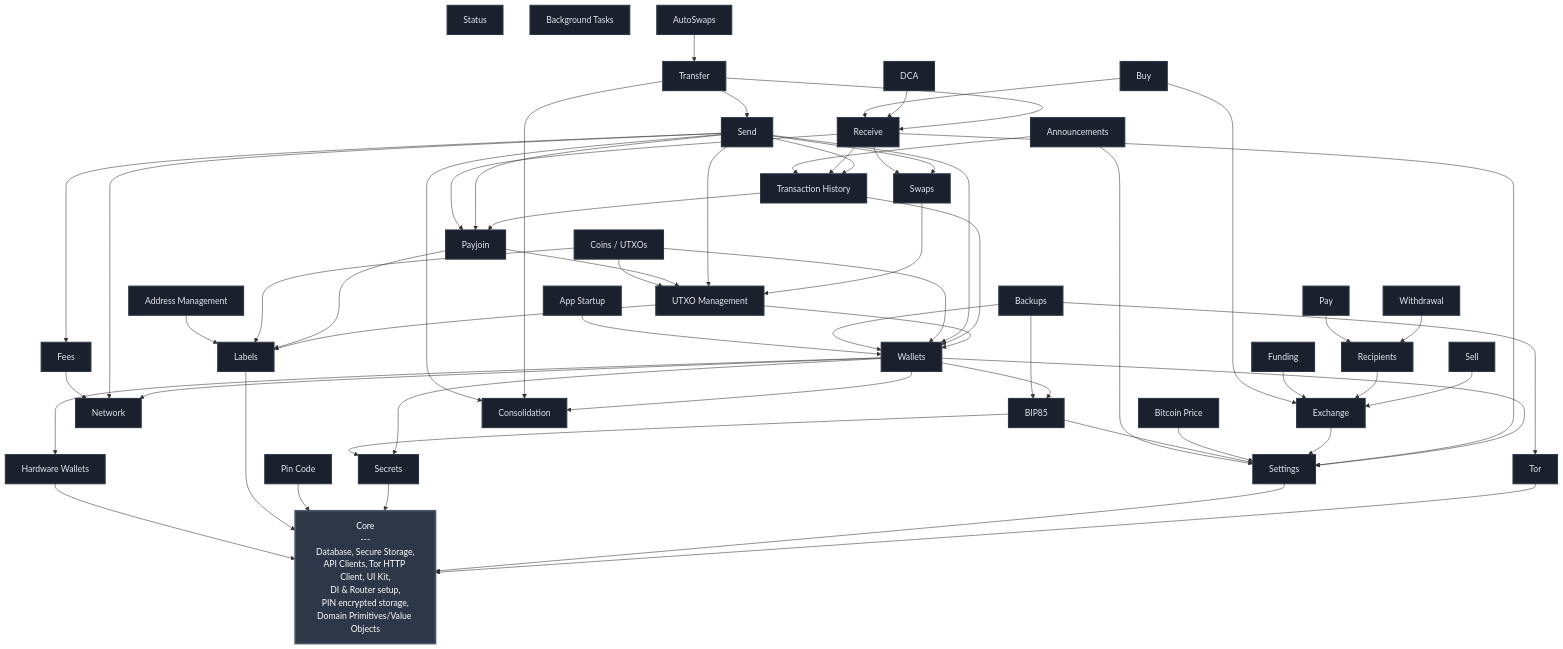
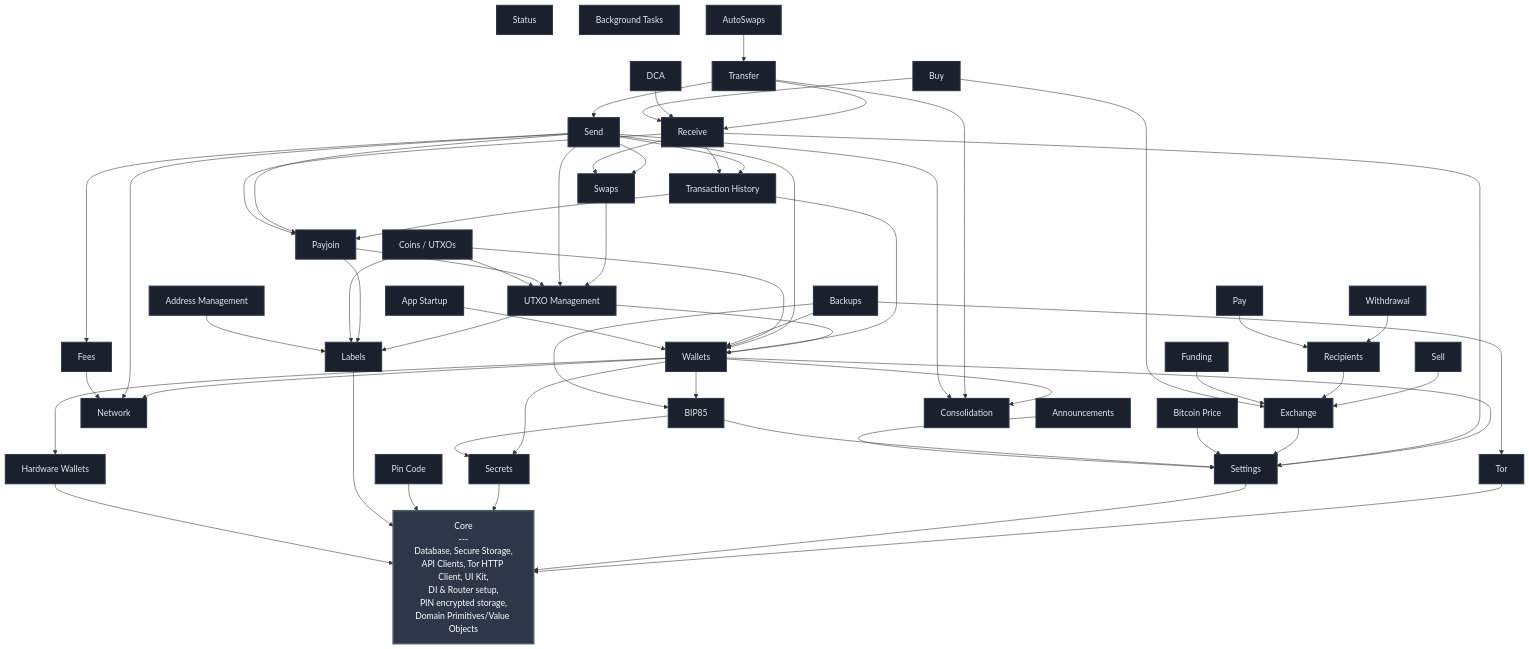
One commit to SatoshiPortal/bullbitcoin-mobile changed the diagram in FEATURES.md. Above: the diagram before and after it, drawn with Mermaid. The commit also changed 50 other files, not shown here.

```diff
--- a/FEATURES.md
+++ b/FEATURES.md
@@ -54,7 +54,6 @@
     %% Feature-to-feature dependencies (extracted from draw.io diagram)
     ADDRESS_MGMT --> LABELS
     ANNOUNCEMENTS --> SETTINGS
-    ANNOUNCEMENTS --> TX_HISTORY
     APP_STARTUP --> WALLETS
     AUTOSWAPS --> TRANSFER
     BIP85 --> SECRETS
```
